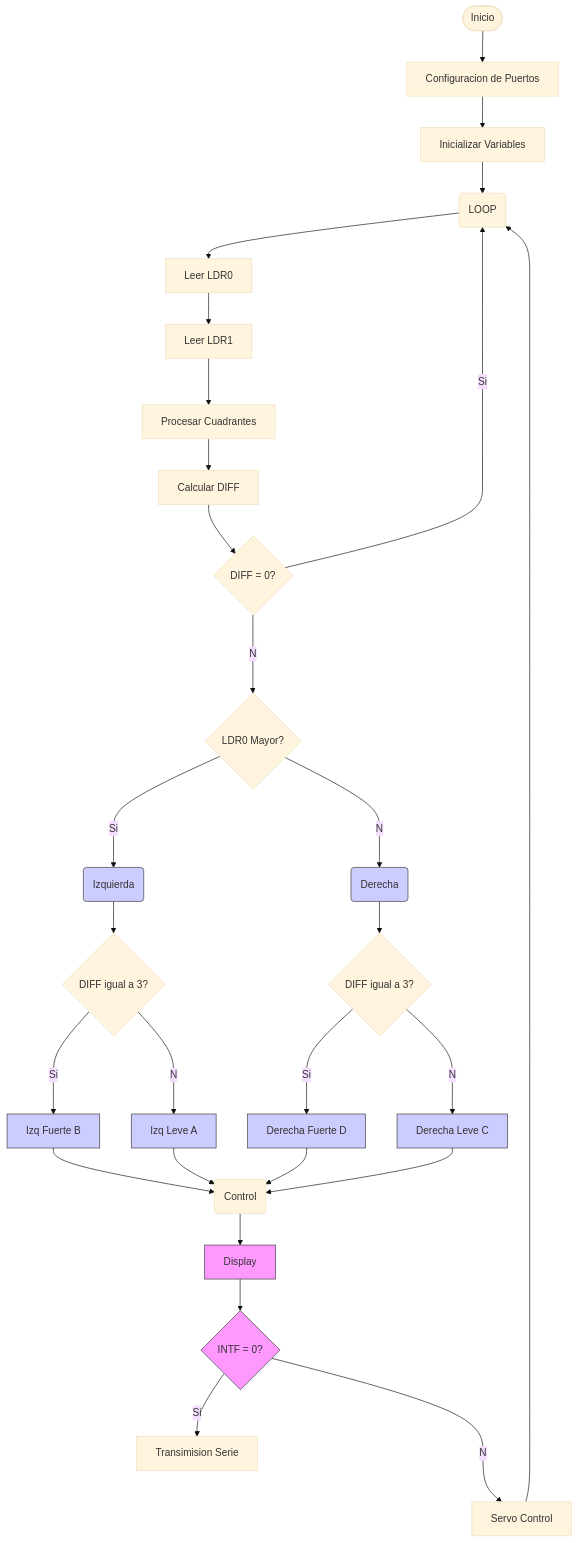
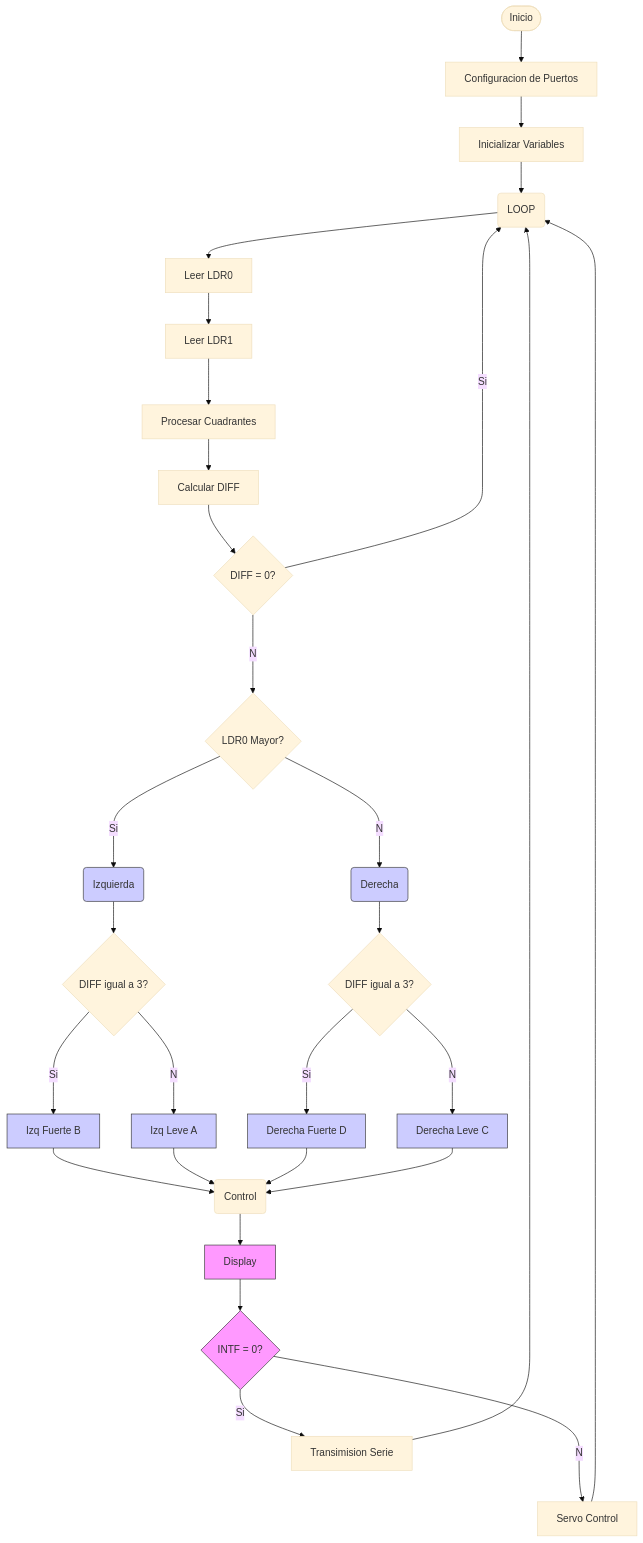
Before and after one commit to juan-felipe-castilla/Digital2: the diagram in README.md, drawn with Mermaid (base theme).

````diff
--- a/README.md
+++ b/README.md
@@ -64,39 +64,41 @@
 ```mermaid 
 flowchart TD
 A([Inicio])-->B[Configuracion de Puertos]
 B-->C[Inicializar Variables]
 C-->D(LOOP)
 D-->E[Leer LDR0]
 E-->F[Leer LDR1]
 F-->I[Procesar Cuadrantes]
 I-->J[Calcular DIFF]
 J-->K{DIFF = 0?}
 K--Si-->D
 K--No-->L{LDR0 Mayor?}
 L--Si-->M(Izquierda)
 L--No-->N(Derecha)
 M-->M1{DIFF igual a 3?}
 M1--Si-->O[Izq Fuerte B]
 M1--No-->P[Izq Leve A]
 N-->N1{DIFF igual a 3?}
 N1--Si-->Q[Derecha Fuerte D]
 N1--No-->R[Derecha Leve C]
 O-->S(Control)
 P-->S
 Q-->S
 R-->S
 S-->T[Display]
 T-->U{INTF = 0?}
 U--Si-->V[Transimision Serie]
+V-->D
 U--No-->W[Servo Control]
 W-->D
+
 
 style M fill:#ccf,stroke:#333
 style N fill:#ccf,stroke:#333
 style O fill:#ccf,stroke:#333
 style P fill:#ccf,stroke:#333
 style Q fill:#ccf,stroke:#333
 style R fill:#ccf,stroke:#333
 style T fill:#f9f,stroke:#333
 style U fill:#f9f,stroke:#333
 ```
````
